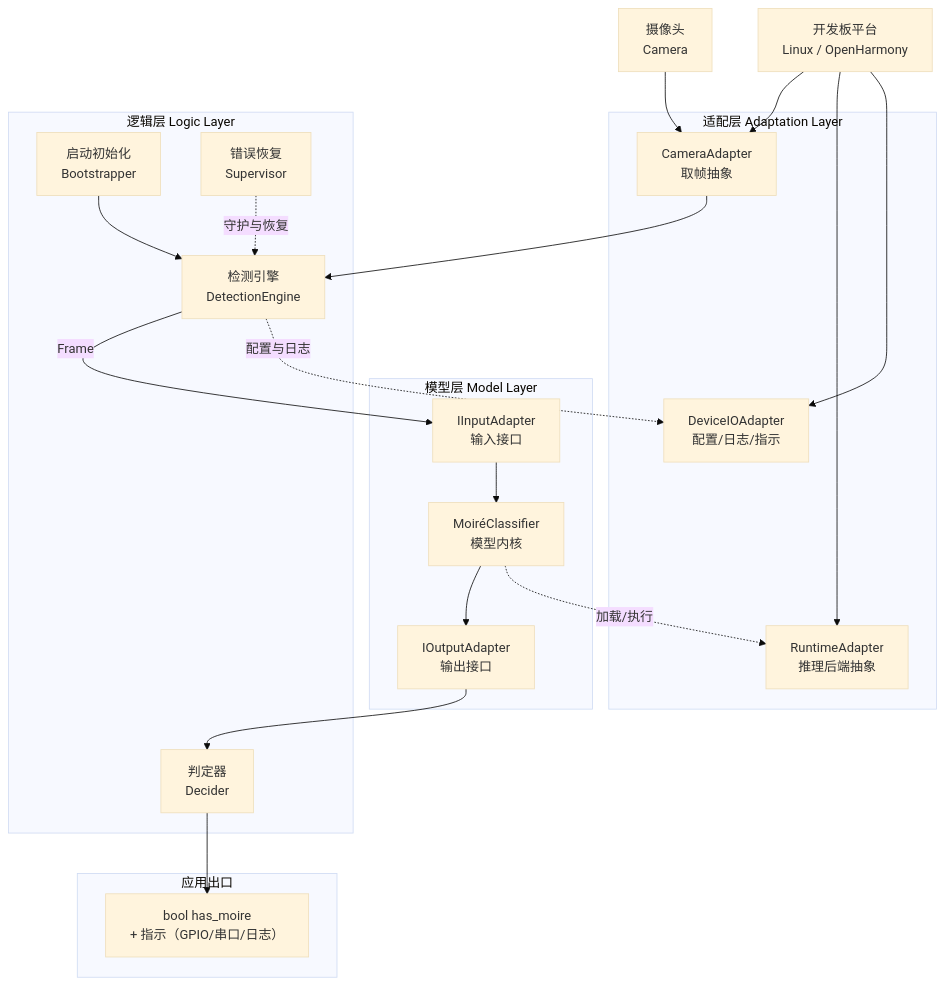
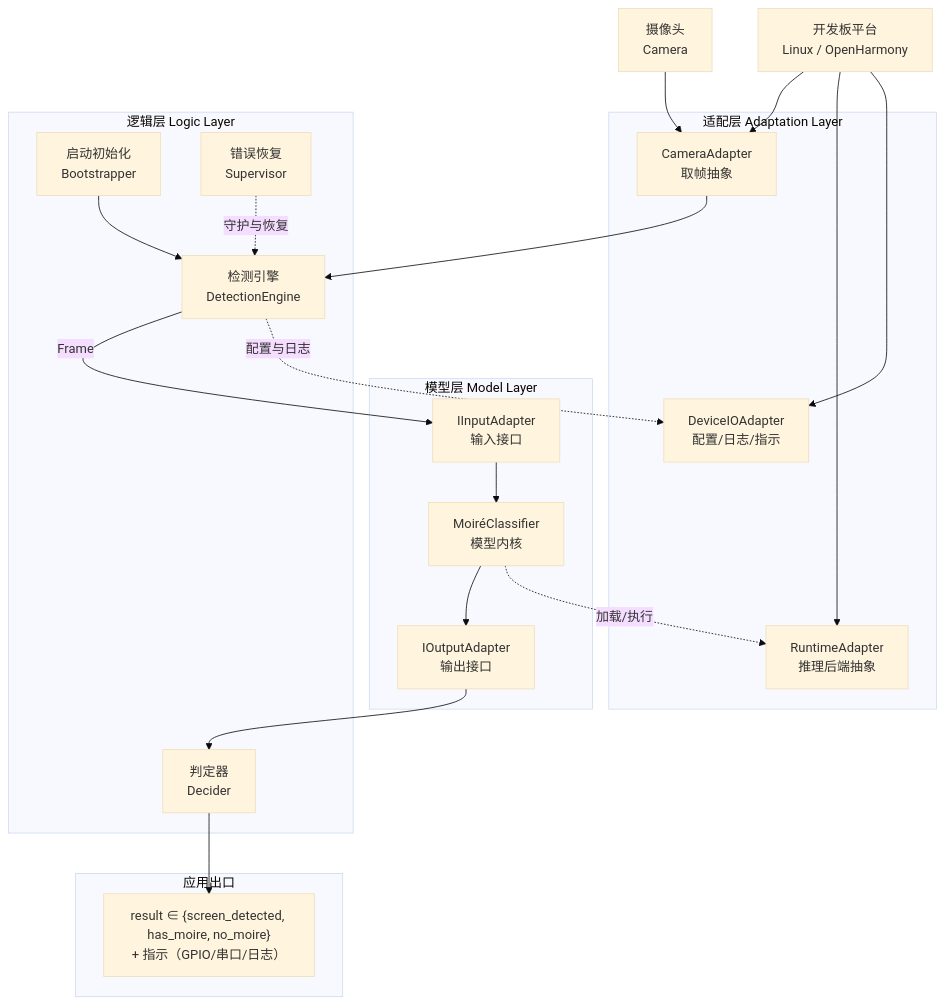
One commit to chunri3255425/SFRNet changed the first of 3 diagrams in docs/design/SOFTWARE_DESIGN.md. Above: the diagram before and after it, drawn with Mermaid (base theme). The commit also changed other lines of this file, not shown here.

````diff
--- a/docs/design/SOFTWARE_DESIGN.md
+++ b/docs/design/SOFTWARE_DESIGN.md
@@ -122,39 +125,39 @@
 ```mermaid
 graph TD
     CAM["摄像头<br/>Camera"]
     PLAT["开发板平台<br/>Linux / OpenHarmony"]
 
     subgraph L3["适配层 Adaptation Layer"]
         CAMA["CameraAdapter<br/>取帧抽象"]
         RT["RuntimeAdapter<br/>推理后端抽象"]
         IOA["DeviceIOAdapter<br/>配置/日志/指示"]
     end
 
     subgraph L2["模型层 Model Layer"]
         IN["IInputAdapter<br/>输入接口"]
         CORE["MoiréClassifier<br/>模型内核"]
         OUT["IOutputAdapter<br/>输出接口"]
     end
 
     subgraph L1["逻辑层 Logic Layer"]
         INIT["启动初始化<br/>Bootstrapper"]
         SVC["检测引擎<br/>DetectionEngine"]
         DEC["判定器<br/>Decider"]
         ERR["错误恢复<br/>Supervisor"]
     end
 
     subgraph APP["应用出口"]
-        RESULT["bool has_moire<br/>+ 指示（GPIO/串口/日志）"]
+        RESULT["result ∈ {screen_detected, has_moire, no_moire}<br/>+ 指示（GPIO/串口/日志）"]
     end
 
     CAM --> CAMA --> SVC
     PLAT --> CAMA
     PLAT --> RT
     PLAT --> IOA
 
     INIT --> SVC
     SVC -->|"Frame"| IN --> CORE --> OUT --> DEC --> RESULT
     CORE -.加载/执行.-> RT
     SVC -.配置与日志.-> IOA
     ERR -.守护与恢复.-> SVC
 ```
````
